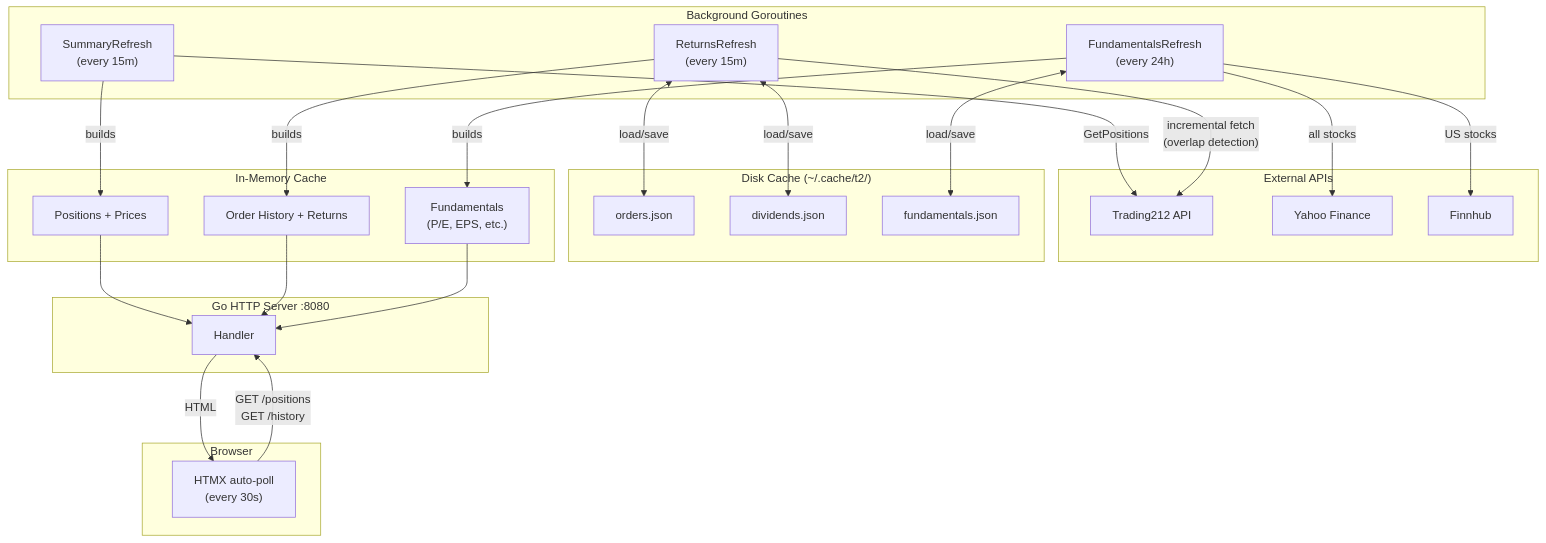
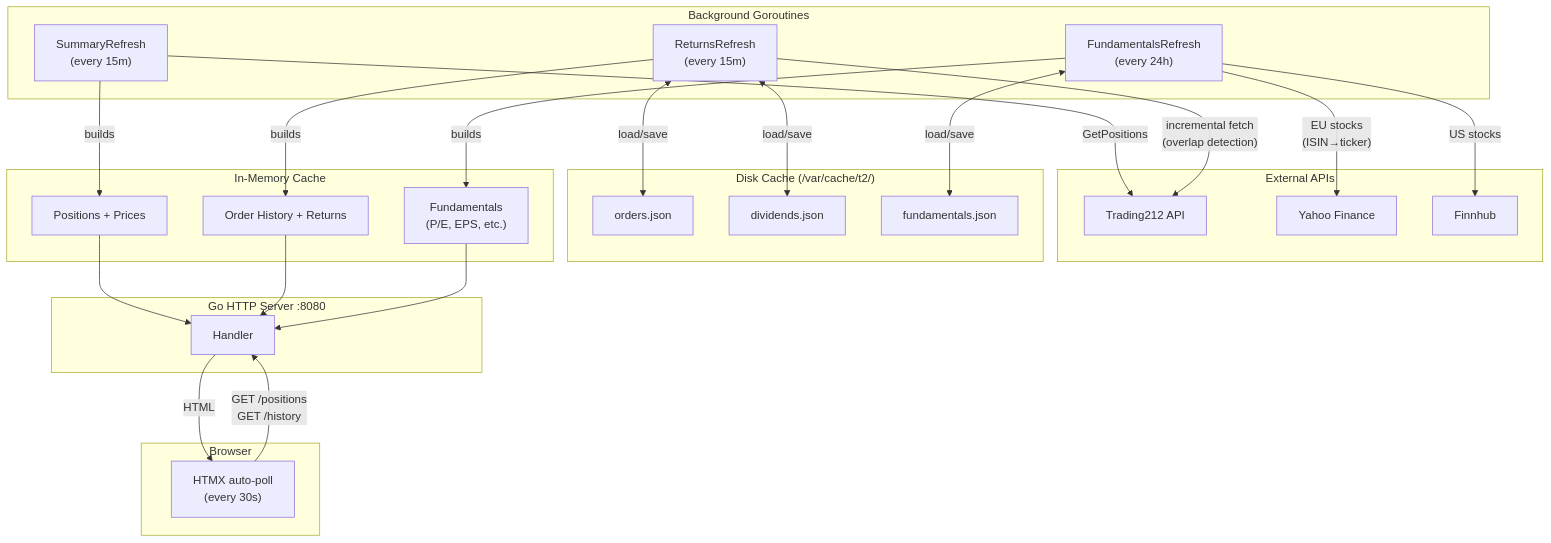
One commit to ko5tas/t2 changed the first of 2 diagrams in README.md. Above: the diagram before and after it, drawn with Mermaid. The commit also changed other lines of this file, not shown here.

First line of the commit message:
Update README: fix diagram inaccuracies and document new features (#59)

````diff
--- a/README.md
+++ b/README.md
@@ -106,52 +112,52 @@
 ```mermaid
 graph TB
     subgraph External APIs
         T212[Trading212 API]
         YF[Yahoo Finance]
         FH[Finnhub]
     end
 
     subgraph "Background Goroutines"
         SR["SummaryRefresh<br/>(every 15m)"]
         RR["ReturnsRefresh<br/>(every 15m)"]
         FR["FundamentalsRefresh<br/>(every 24h)"]
     end
 
-    subgraph "Disk Cache (~/.cache/t2/)"
+    subgraph "Disk Cache (/var/cache/t2/)"
         DC_O["orders.json"]
         DC_D["dividends.json"]
         DC_F["fundamentals.json"]
     end
 
     subgraph "In-Memory Cache"
         PC[Positions + Prices]
         RC[Order History + Returns]
         FC["Fundamentals<br/>(P/E, EPS, etc.)"]
     end
 
     subgraph "Go HTTP Server :8080"
         H[Handler]
     end
 
     subgraph Browser
         HX["HTMX auto-poll<br/>(every 30s)"]
     end
 
     SR -->|GetPositions| T212
     SR -->|builds| PC
     RR -->|"incremental fetch<br/>(overlap detection)"| T212
     RR <-->|"load/save"| DC_O
     RR <-->|"load/save"| DC_D
     RR -->|builds| RC
     FR -->|US stocks| FH
-    FR -->|all stocks| YF
+    FR -->|"EU stocks<br/>(ISIN→ticker)"| YF
     FR <-->|"load/save"| DC_F
     FR -->|builds| FC
 
     PC --> H
     RC --> H
     FC --> H
 
     HX -->|"GET /positions<br/>GET /history"| H
     H -->|HTML| HX
 ```
````
